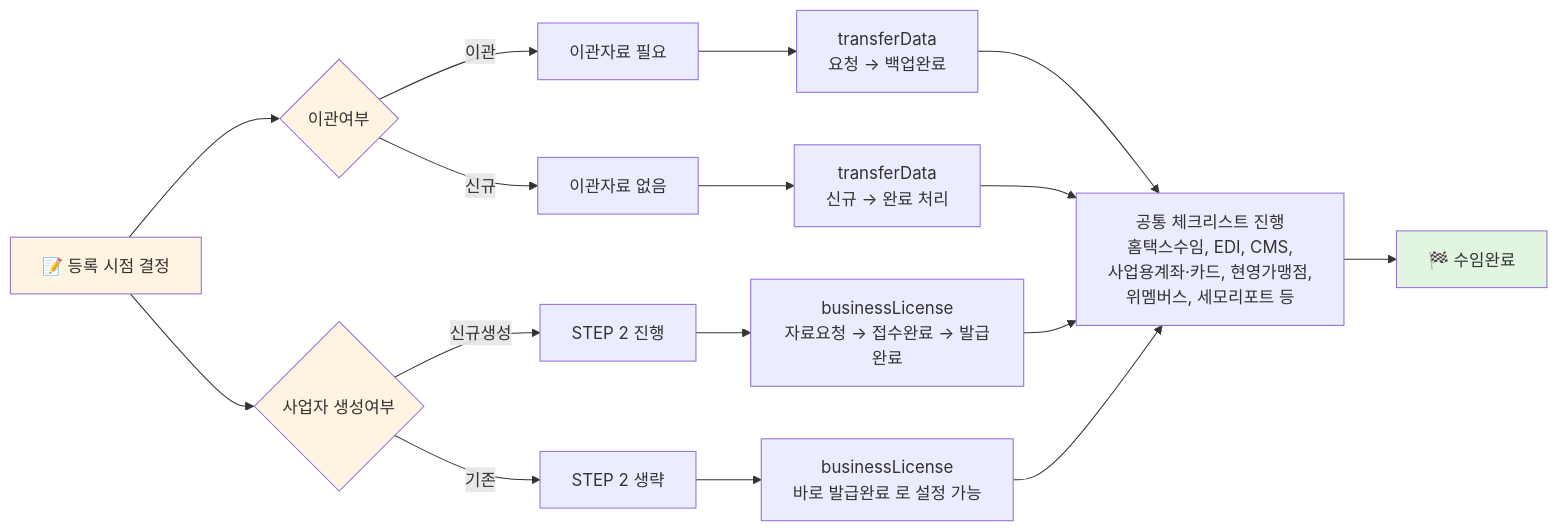
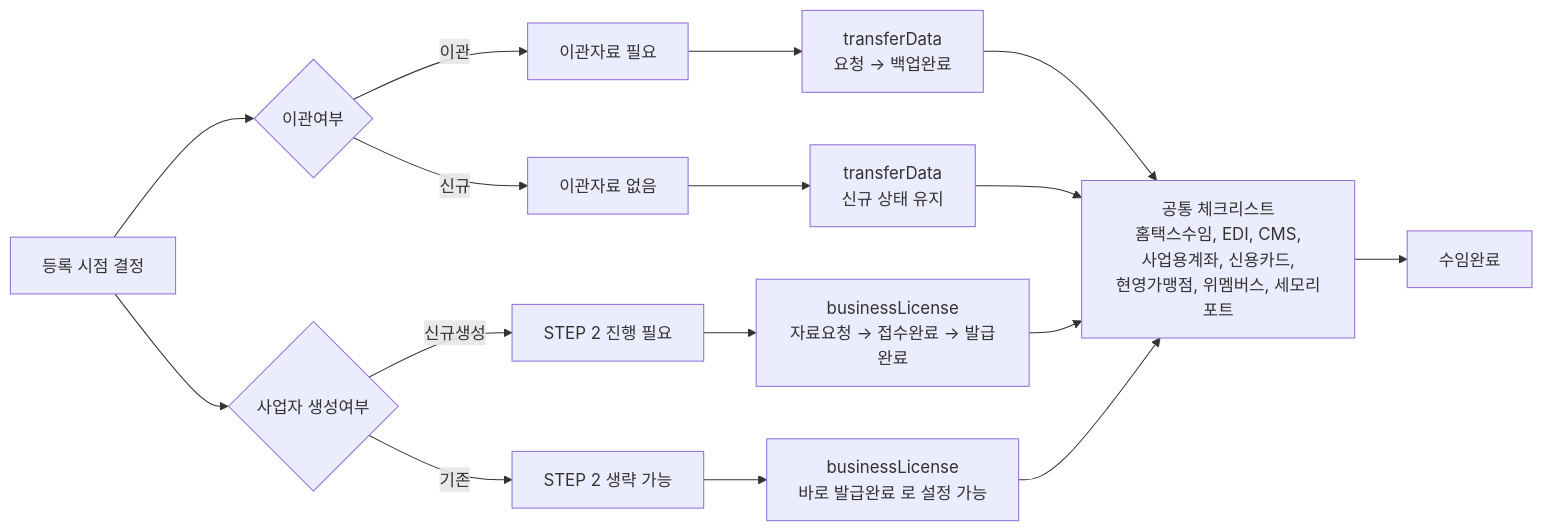
One commit to hany-peak/kakaotalk-auto-sender changed the second of 5 diagrams in codetax-macro/docs/superpowers/specs/2026-04-22-new-client-master-tracker-workflow.md. Above: the diagram before and after it, drawn with Mermaid. The commit also changed other lines of this file, not shown here.

First line of the commit message:
fix(docs): rewrite mermaid diagrams for mermaid 8.x compatibility

````diff
--- a/codetax-macro/docs/superpowers/specs/2026-04-22-new-client-master-tracker-workflow.md
+++ b/codetax-macro/docs/superpowers/specs/2026-04-22-new-client-master-tracker-workflow.md
@@ -53,29 +45,24 @@
 ```mermaid
 flowchart LR
-    Reg[📝 등록 시점 결정] --> T{이관여부}
-    Reg --> B{사업자 생성여부}
+    Reg["등록 시점 결정"] --> T{"이관여부"}
+    Reg --> B{"사업자 생성여부"}
 
-    T -->|이관| TY[이관자료 필요]
-    T -->|신규| TN[이관자료 없음]
+    T -->|"이관"| TY["이관자료 필요"]
+    T -->|"신규"| TN["이관자료 없음"]
 
-    TY --> TR1[transferData<br/>요청 → 백업완료]
-    TN --> TR2[transferData<br/>신규 → 완료 처리]
+    TY --> TR1["transferData<br/>요청 → 백업완료"]
+    TN --> TR2["transferData<br/>신규 상태 유지"]
 
-    B -->|신규생성| BY[STEP 2 진행]
-    B -->|기존| BN[STEP 2 생략]
+    B -->|"신규생성"| BY["STEP 2 진행 필요"]
+    B -->|"기존"| BN["STEP 2 생략 가능"]
 
-    BY --> BR1[businessLicense<br/>자료요청 → 접수완료 → 발급완료]
-    BN --> BR2[businessLicense<br/>바로 발급완료 로 설정 가능]
+    BY --> BR1["businessLicense<br/>자료요청 → 접수완료 → 발급완료"]
+    BN --> BR2["businessLicense<br/>바로 발급완료 로 설정 가능"]
 
-    TR1 --> Join[공통 체크리스트 진행<br/>홈택스수임, EDI, CMS,<br/>사업용계좌·카드, 현영가맹점,<br/>위멤버스, 세모리포트 등]
+    TR1 --> Join["공통 체크리스트<br/>홈택스수임, EDI, CMS,<br/>사업용계좌, 신용카드,<br/>현영가맹점, 위멤버스, 세모리포트"]
     TR2 --> Join
     BR1 --> Join
     BR2 --> Join
 
-    Join --> Finish[🏁 수임완료]
-
-    style Reg fill:#fff4e1
-    style T fill:#fff4e1
-    style B fill:#fff4e1
-    style Finish fill:#e1f5e1
+    Join --> Finish["수임완료"]
 ```
````
